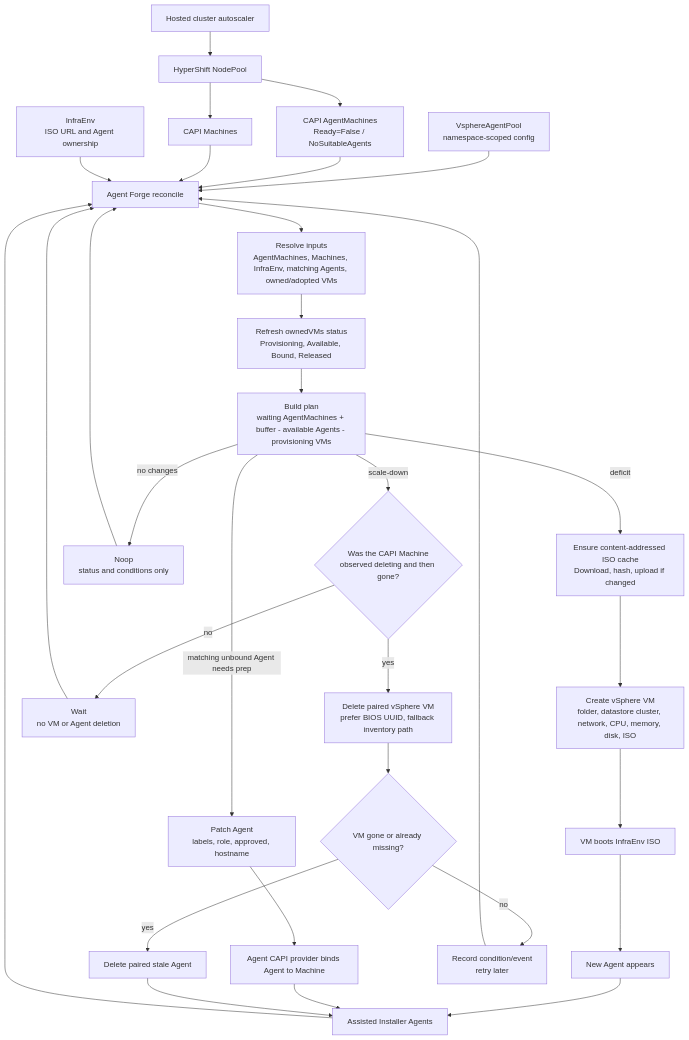
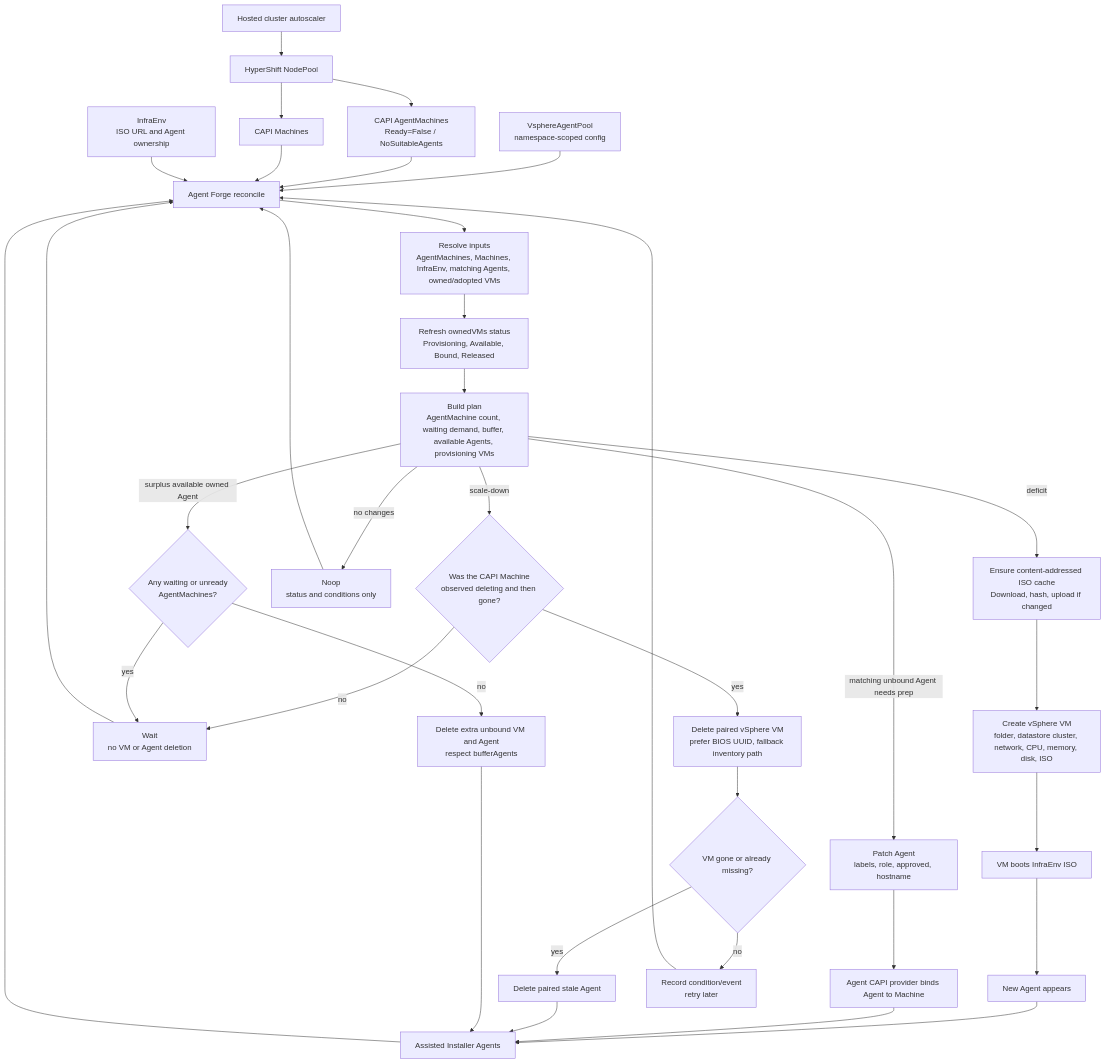
One commit to containeroo/agent-forge-operator changed the diagram in README.md. Above: the diagram before and after it, drawn with Mermaid. The commit also changed 8 other files, not shown here.

Commit message:
Fix surplus AgentMachine capacity cleanup

````diff
--- a/README.md
+++ b/README.md
@@ -38,38 +38,43 @@
 ```mermaid
 flowchart TD
     autoscaler["Hosted cluster autoscaler"] --> nodepool["HyperShift NodePool"]
     nodepool --> agentmachine["CAPI AgentMachines\nReady=False / NoSuitableAgents"]
     nodepool --> machine["CAPI Machines"]
     pool["VsphereAgentPool\nnamespace-scoped config"] --> reconcile["Agent Forge reconcile"]
     agentmachine --> reconcile
     machine --> reconcile
     infraenv["InfraEnv\nISO URL and Agent ownership"] --> reconcile
     agents["Assisted Installer Agents"] --> reconcile
 
     reconcile --> discover["Resolve inputs\nAgentMachines, Machines, InfraEnv, matching Agents, owned/adopted VMs"]
     discover --> refresh["Refresh ownedVMs status\nProvisioning, Available, Bound, Released"]
-    refresh --> plan["Build plan\nwaiting AgentMachines + buffer - available Agents - provisioning VMs"]
+    refresh --> plan["Build plan\nAgentMachine count, waiting demand, buffer, available Agents, provisioning VMs"]
 
     plan -->|deficit| iso["Ensure content-addressed ISO cache\nDownload, hash, upload if changed"]
     iso --> create["Create vSphere VM\nfolder, datastore cluster, network, CPU, memory, disk, ISO"]
     create --> boot["VM boots InfraEnv ISO"]
     boot --> newagent["New Agent appears"]
     newagent --> agents
 
     plan -->|matching unbound Agent needs prep| prep["Patch Agent\nlabels, role, approved, hostname"]
     prep --> bind["Agent CAPI provider binds Agent to Machine"]
     bind --> agents
 
     plan -->|scale-down| deleting{"Was the CAPI Machine\nobserved deleting and then gone?"}
     deleting -->|no| wait["Wait\nno VM or Agent deletion"]
     deleting -->|yes| deletevm["Delete paired vSphere VM\nprefer BIOS UUID, fallback inventory path"]
     deletevm --> deleteagent{"VM gone or already missing?"}
     deleteagent -->|yes| removeagent["Delete paired stale Agent"]
     deleteagent -->|no| retry["Record condition/event\nretry later"]
     removeagent --> agents
 
+    plan -->|surplus available owned Agent| surplus{"Any waiting or unready\nAgentMachines?"}
+    surplus -->|yes| wait
+    surplus -->|no| deletefree["Delete extra unbound VM and Agent\nrespect bufferAgents"]
+    deletefree --> agents
+
     plan -->|no changes| noop["Noop\nstatus and conditions only"]
     wait --> reconcile
     retry --> reconcile
     noop --> reconcile
 ```
````
